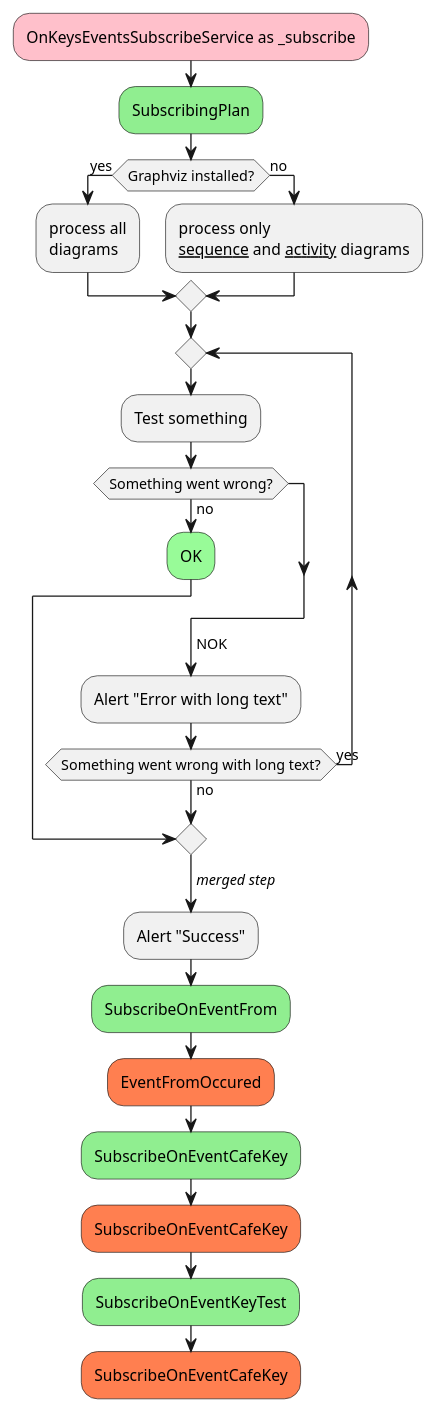
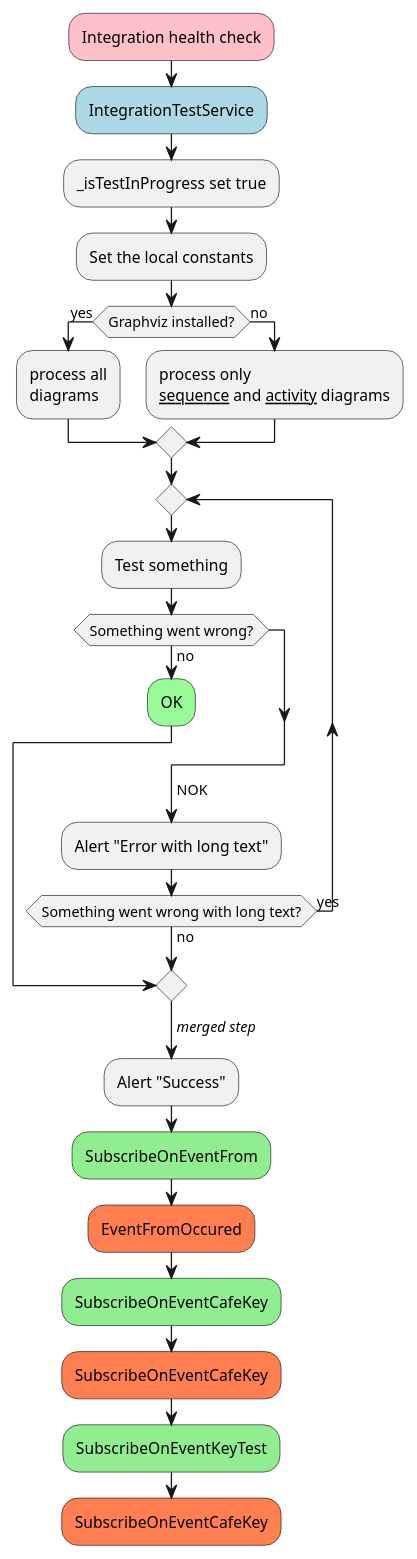
Before and after one commit to YUGCHR/InterlacingTwoTexts: the diagram in BackgroundDispatcher/Diagrams/BackgroundDispatcher_Actions_v-01.puml, drawn with PlantUML. The commit also changed other lines of this file and 2 other files, not shown here.

Commit message:
CreateScenarioTasksAndEvents was begun

```diff
--- a/BackgroundDispatcher/Diagrams/BackgroundDispatcher_Actions_v-01.puml
+++ b/BackgroundDispatcher/Diagrams/BackgroundDispatcher_Actions_v-01.puml
@@ -1,32 +1,33 @@
 @startuml
 
-#pink:OnKeysEventsSubscribeService as _subscribe;
-#lightgreen:SubscribingPlan;
-
+#pink:Integration health check;
+#lightblue:IntegrationTestService;
+:_isTestInProgress set true;
+:Set the local constants;
 if (Graphviz installed?) then (yes)
   :process all\ndiagrams;
 else (no)
   :process only
   __sequence__ and __activity__ diagrams;
 endif
 
 repeat
   :Test something;
     if (Something went wrong?) then (no)
       #palegreen:OK;
       break
     endif
     ->NOK;
     :Alert "Error with long text";
 repeat while (Something went wrong with long text?) is (yes) not (no)
 ->//merged step//;
 :Alert "Success";
 
 #lightgreen:SubscribeOnEventFrom;
 #coral:EventFromOccured;
 #lightgreen:SubscribeOnEventСafeKey;
 #coral:SubscribeOnEventСafeKey;
 #lightgreen:SubscribeOnEventKeyTest;
 #coral:SubscribeOnEventСafeKey;
 
 @enduml
```
